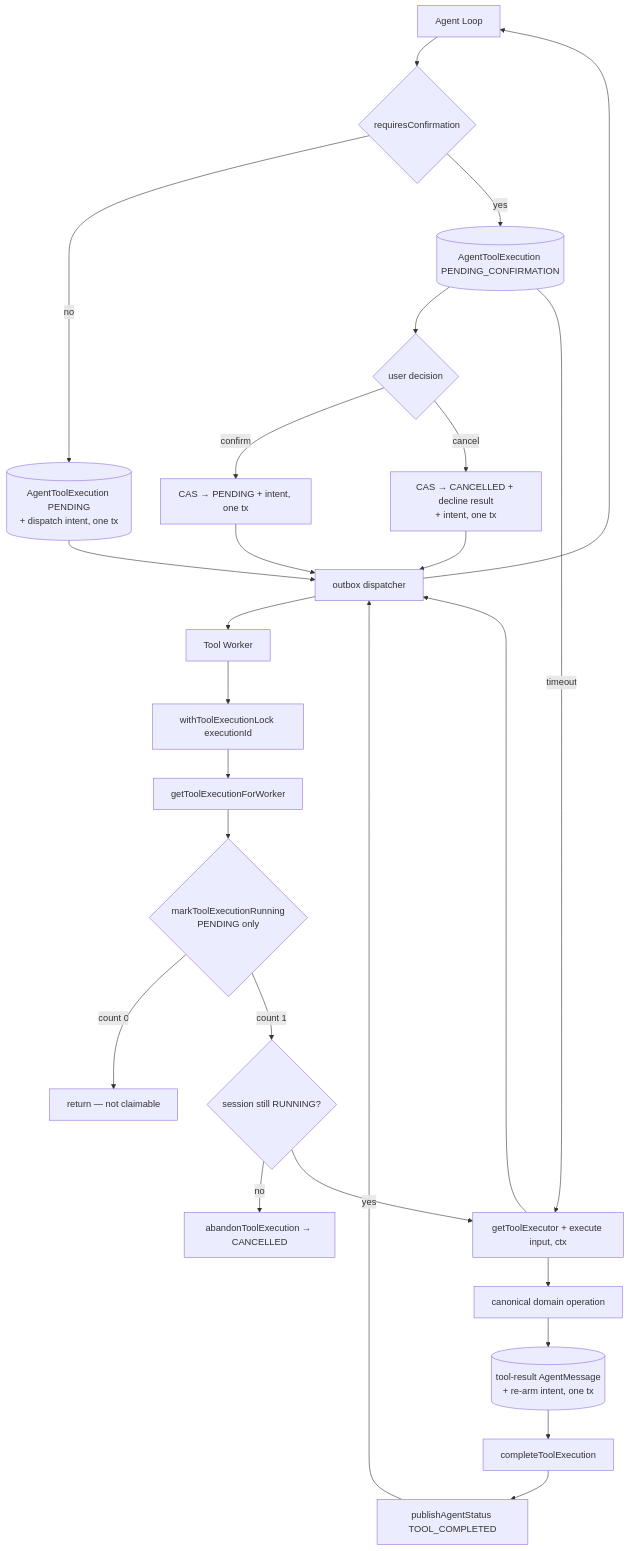
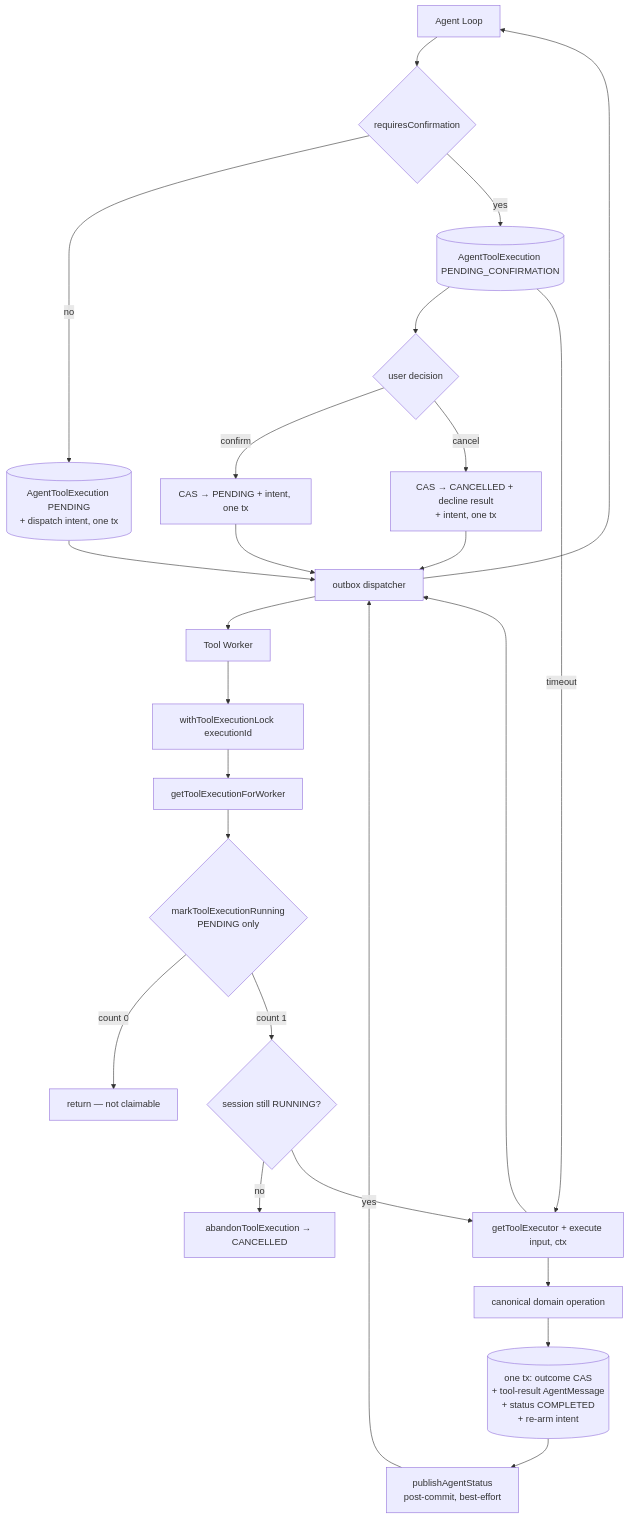
Before and after one commit to Mayur11code/Forge: the fourth of 7 diagrams in forge/docs/architecture/agent/runtime.md, drawn with Mermaid. The commit also changed other lines of this file and 20 other files, not shown here.

````diff
--- a/forge/docs/architecture/agent/runtime.md
+++ b/forge/docs/architecture/agent/runtime.md
@@ -226,28 +226,27 @@
 ```mermaid
 flowchart TD
     L[Agent Loop] --> RO{requiresConfirmation}
     RO -->|no| TE[(AgentToolExecution PENDING<br/>+ dispatch intent, one tx)]
     RO -->|yes| PF[(AgentToolExecution PENDING_CONFIRMATION)]
     PF --> UC{user decision}
     UC -->|confirm| CF[CAS → PENDING + intent, one tx]
     UC -->|cancel| CC[CAS → CANCELLED + decline result<br/>+ intent, one tx]
     PF -->|timeout| EX[CAS → EXPIRED + timeout result<br/>+ intent, one tx]
     TE --> D[outbox dispatcher]
     CF --> D
     D --> TW[Tool Worker]
     TW --> TL[withToolExecutionLock executionId]
     TL --> LD[getToolExecutionForWorker]
     LD --> CAS{markToolExecutionRunning<br/>PENDING only}
     CAS -->|count 0| S1[return — not claimable]
     CAS -->|count 1| LIVE{session still RUNNING?}
     LIVE -->|no| AB[abandonToolExecution → CANCELLED]
     LIVE -->|yes| EX[getToolExecutor + execute input, ctx]
     EX --> DOM[canonical domain operation]
-    DOM --> MSG[(tool-result AgentMessage<br/>+ re-arm intent, one tx)]
-    MSG --> DONE[completeToolExecution]
-    DONE --> EV2[publishAgentStatus TOOL_COMPLETED]
+    DOM --> MSG[(one tx: outcome CAS<br/>+ tool-result AgentMessage<br/>+ status COMPLETED<br/>+ re-arm intent)]
+    MSG --> EV2[publishAgentStatus<br/>post-commit, best-effort]
     EV2 --> D
     D --> L
     CC --> D
     EX --> D
 ```
````
